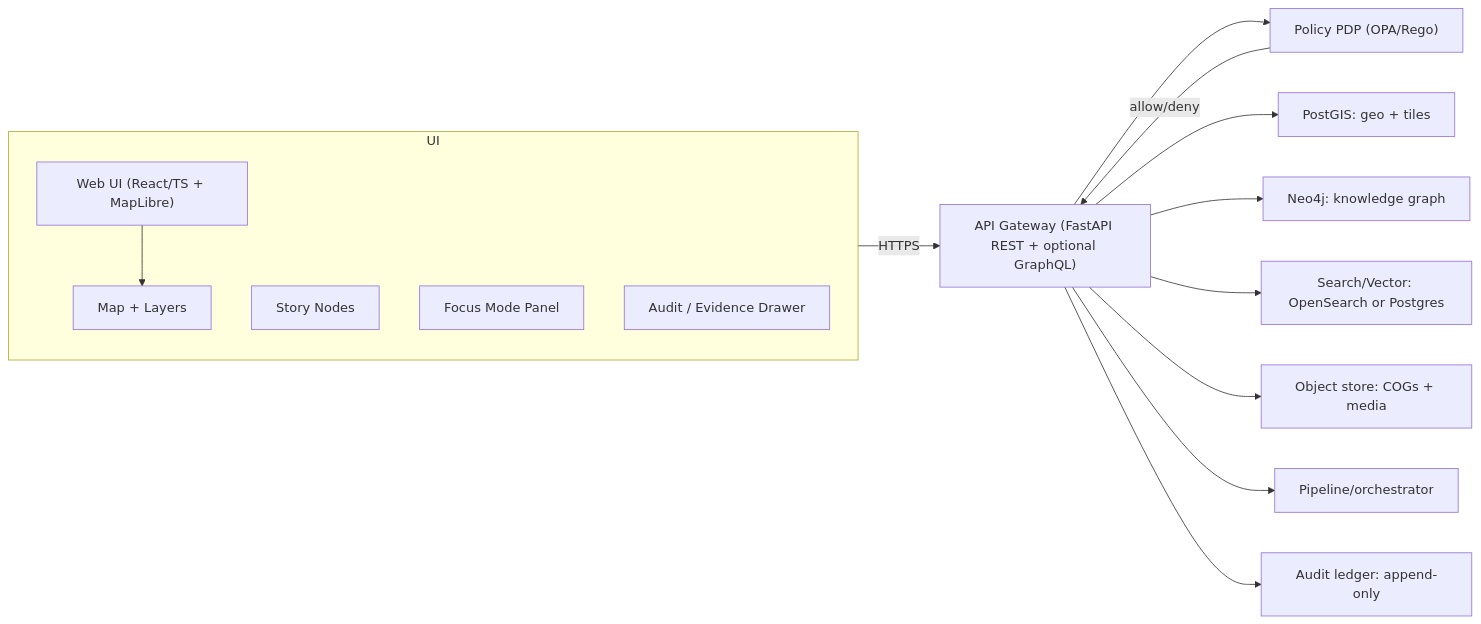
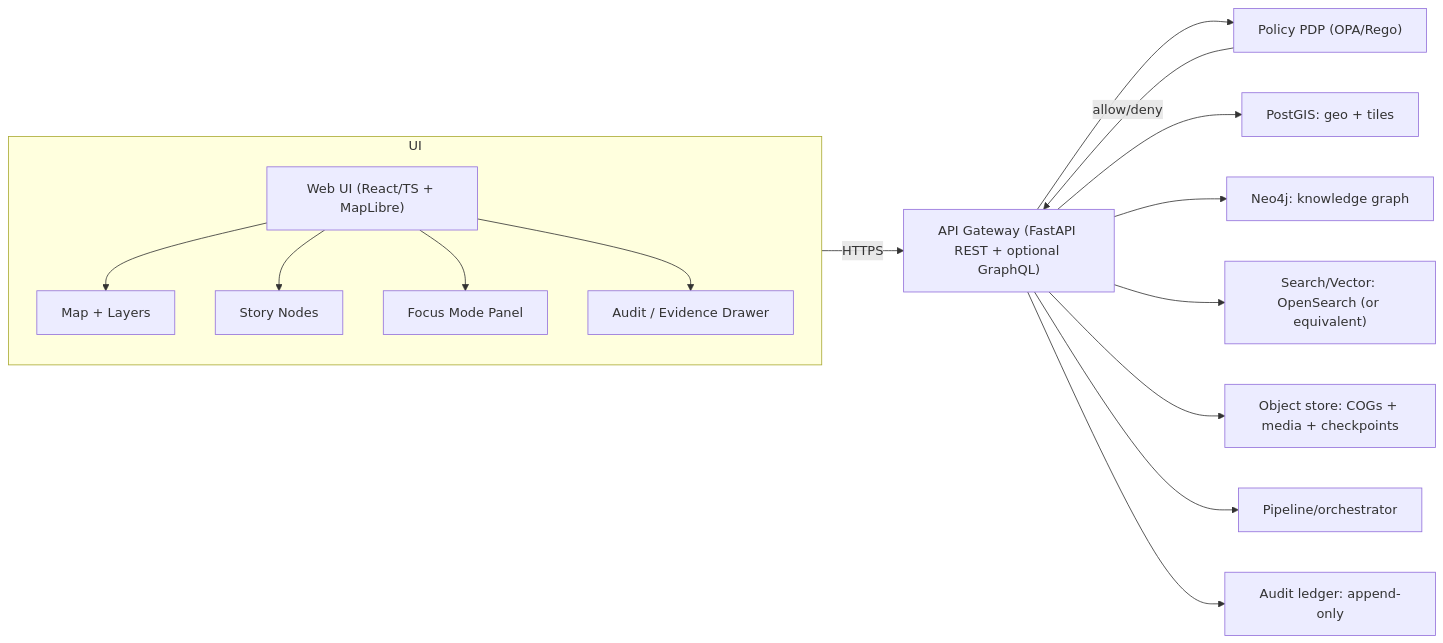
The second of 4 diagrams in README.md (bartytime4life/Kansas-Frontier-Matrix), drawn with Mermaid before and after one commit. The commit also changed other lines of this file, not shown here.

````diff
--- a/README.md
+++ b/README.md
@@ -133,23 +192,26 @@
 ```mermaid
 flowchart LR
   subgraph UI
     direction TB
     UI_T["Web UI (React/TS + MapLibre)"]
     Map["Map + Layers"]
     Story["Story Nodes"]
     Focus["Focus Mode Panel"]
     Audit["Audit / Evidence Drawer"]
     UI_T --> Map
+    UI_T --> Story
+    UI_T --> Focus
+    UI_T --> Audit
   end
 
   UI_T -->|"HTTPS"| GW["API Gateway (FastAPI REST + optional GraphQL)"]
   GW --> PDP["Policy PDP (OPA/Rego)"]
   PDP -->|"allow/deny"| GW
 
   GW --> PG["PostGIS: geo + tiles"]
   GW --> KG["Neo4j: knowledge graph"]
-  GW --> SV["Search/Vector: OpenSearch or Postgres"]
-  GW --> OBJ["Object store: COGs + media"]
+  GW --> SV["Search/Vector: OpenSearch (or equivalent)"]
+  GW --> OBJ["Object store: COGs + media + checkpoints"]
   GW --> PL["Pipeline/orchestrator"]
   GW --> AL["Audit ledger: append-only"]
 ```
````
